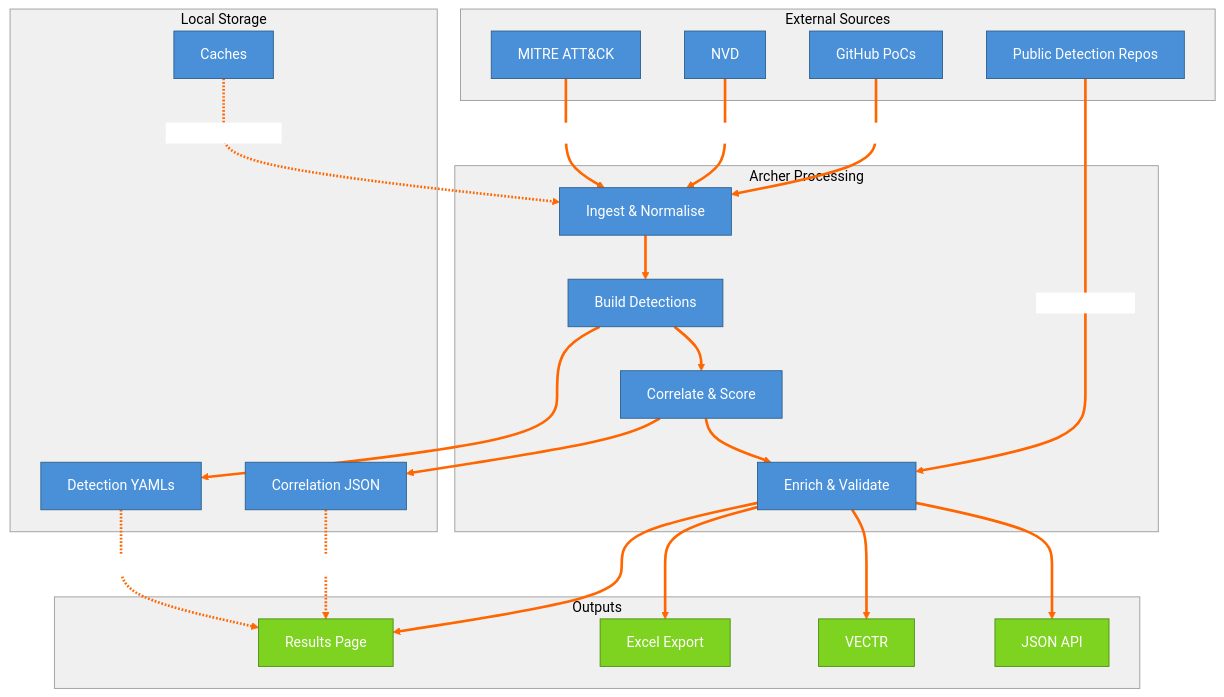
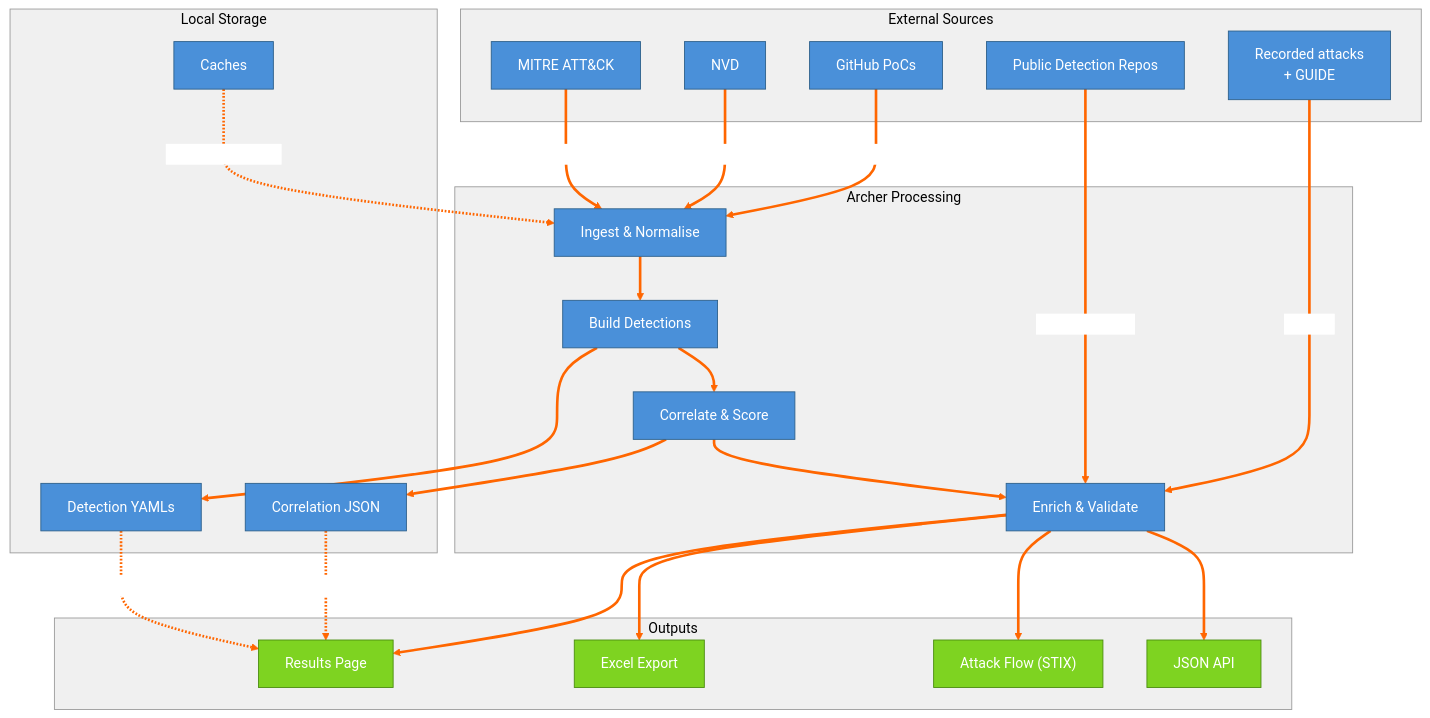
One commit to cmdaltr/shikari changed the diagram in docs/architecture/mermaid/08_5_data_flow_what_goes_where.md. Above: the diagram before and after it, drawn with Mermaid. The commit also changed other lines of this file and 61 other files, not shown here.

````diff
--- a/docs/architecture/mermaid/08_5_data_flow_what_goes_where.md
+++ b/docs/architecture/mermaid/08_5_data_flow_what_goes_where.md
@@ -5,61 +5,64 @@
 ```mermaid
 %%{init: {'theme': 'base', 'themeVariables': {'lineColor': '#ff6600', 'edgeLabelBackground': '#ffffff', 'primaryColor': '#4a90d9', 'primaryTextColor': '#ffffff', 'primaryBorderColor': '#2c5f8a', 'secondaryColor': '#e8e8e8', 'tertiaryColor': '#f5f5f5', 'clusterBkg': '#f0f0f0', 'clusterBorder': '#999999', 'titleColor': '#000000', 'nodeTextColor': '#000000', 'background': '#ffffff'}}}%%
 flowchart TD
     subgraph SOURCES ["External Sources"]
         STIX["MITRE ATT&CK"]
         NVD_S["NVD"]
         GH_S["GitHub PoCs"]
         OSINT_S["Public Detection Repos"]
+        TEL_S["Recorded attacks<br/>+ GUIDE"]
     end
 
     subgraph PROCESS ["Archer Processing"]
         INGEST["Ingest & Normalise"]
         BUILD["Build Detections"]
         CORRELATE_P["Correlate & Score"]
         ENRICH_P["Enrich & Validate"]
     end
 
     subgraph STORE ["Local Storage"]
         YAMLS_S["Detection YAMLs"]
         CORR_S["Correlation JSON"]
         CACHE_S["Caches"]
     end
 
     subgraph OUT ["Outputs"]
         BROWSER["Results Page"]
         XLSX_O["Excel Export"]
-        VECTR_O["VECTR"]
+        FLOW_O["Attack Flow (STIX)"]
         JSON_O["JSON API"]
     end
 
     STIX -->|"At startup"| INGEST
     NVD_S -->|"On demand"| INGEST
     GH_S -->|"On demand"| INGEST
 
     INGEST --> BUILD
     BUILD --> YAMLS_S
     BUILD --> CORRELATE_P
     CORRELATE_P --> CORR_S
     CORRELATE_P --> ENRICH_P
 
     OSINT_S -->|"Cross-reference"| ENRICH_P
+    TEL_S -->|"Emulate"| ENRICH_P
 
     ENRICH_P --> BROWSER
     ENRICH_P --> XLSX_O
-    ENRICH_P --> VECTR_O
+    ENRICH_P --> FLOW_O
     ENRICH_P --> JSON_O
 
     YAMLS_S -.->|"Read back"| BROWSER
     CORR_S -.->|"Read back"| BROWSER
     CACHE_S -.->|"Speeds up repeats"| INGEST
 
     style STIX fill:#4a90d9,stroke:#2c5f8a,color:#fff
     style NVD_S fill:#4a90d9,stroke:#2c5f8a,color:#fff
     style GH_S fill:#4a90d9,stroke:#2c5f8a,color:#fff
     style OSINT_S fill:#4a90d9,stroke:#2c5f8a,color:#fff
+    style TEL_S fill:#4a90d9,stroke:#2c5f8a,color:#fff
     style BROWSER fill:#7ed321,stroke:#4a8c0f,color:#fff
     style XLSX_O fill:#7ed321,stroke:#4a8c0f,color:#fff
-    style VECTR_O fill:#7ed321,stroke:#4a8c0f,color:#fff
+    style FLOW_O fill:#7ed321,stroke:#4a8c0f,color:#fff
     style JSON_O fill:#7ed321,stroke:#4a8c0f,color:#fff
     linkStyle default stroke:#ff6600,stroke-width:3px
 ```
````
